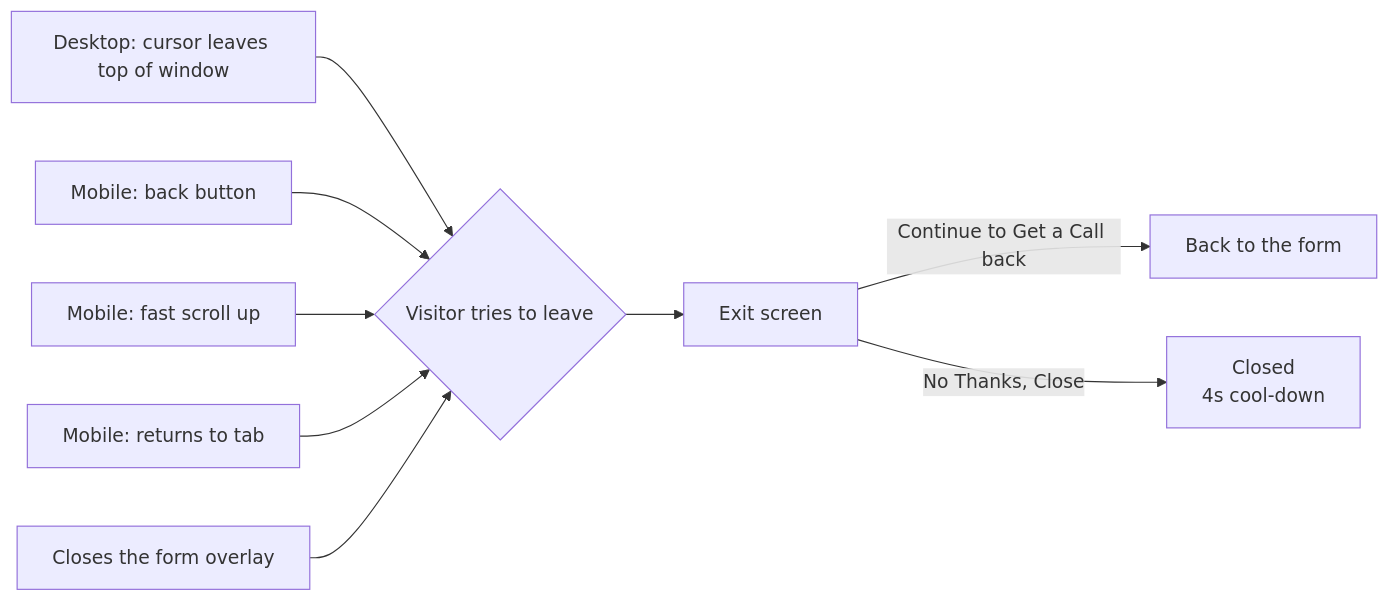
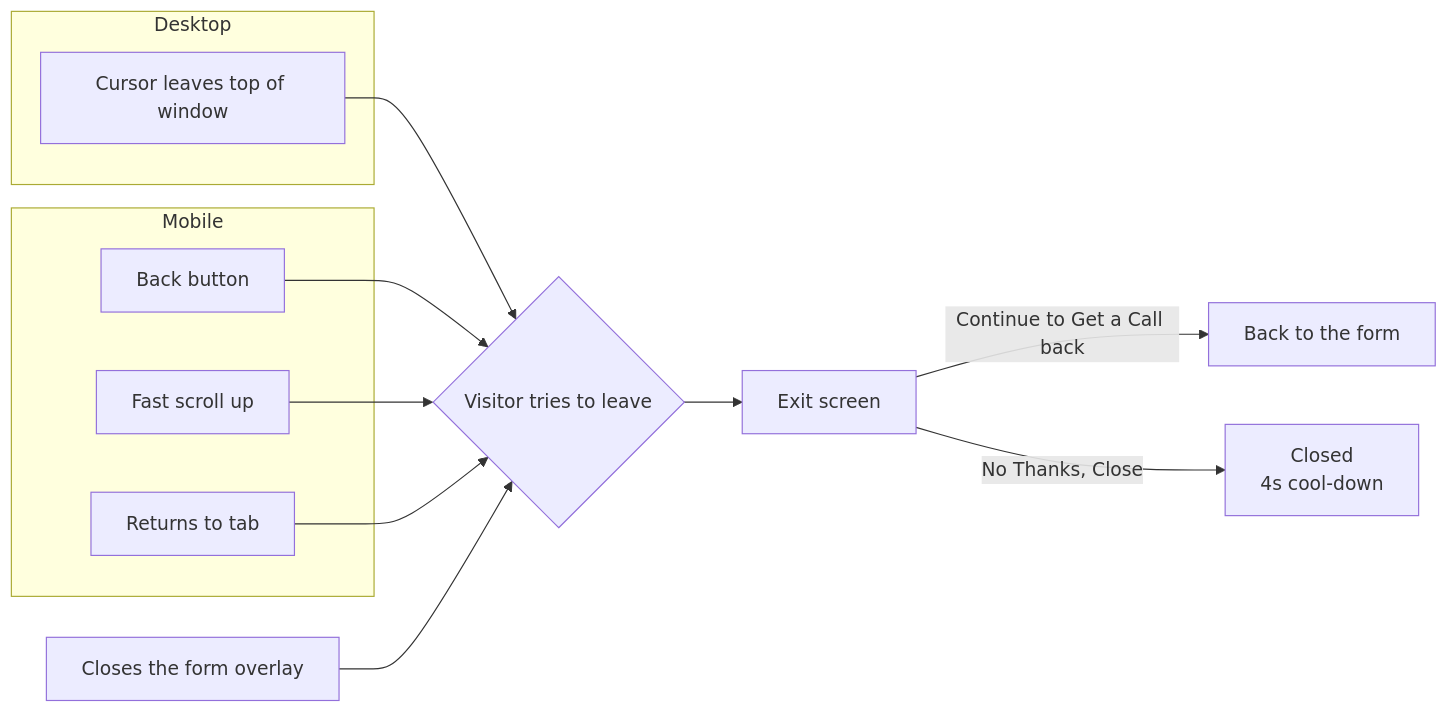
Before and after one commit to abhinavthak/dypatil-lead-form: the second of 2 diagrams in docs/PRD.md, drawn with Mermaid. The commit also changed other lines of this file and 5 other files, not shown here.

First line of the commit message:
PRD: treat desktop and mobile overlay styles separately

````diff
--- a/docs/PRD.md
+++ b/docs/PRD.md
@@ -85,11 +106,20 @@
 ```mermaid
 flowchart LR
     A{Visitor tries to leave} --> B[Exit screen]
-    A1[Desktop: cursor leaves top of window] --> A
-    A2[Mobile: back button] --> A
-    A3[Mobile: fast scroll up] --> A
-    A4[Mobile: returns to tab] --> A
-    A5[Closes the form overlay] --> A
+    subgraph Desktop
+      A1[Cursor leaves top of window]
+    end
+    subgraph Mobile
+      A2[Back button]
+      A3[Fast scroll up]
+      A4[Returns to tab]
+    end
+    A5[Closes the form overlay]
+    A1 --> A
+    A2 --> A
+    A3 --> A
+    A4 --> A
+    A5 --> A
     B -->|Continue to Get a Call back| C[Back to the form]
     B -->|No Thanks, Close| D[Closed<br/>4s cool-down]
 ```
````
